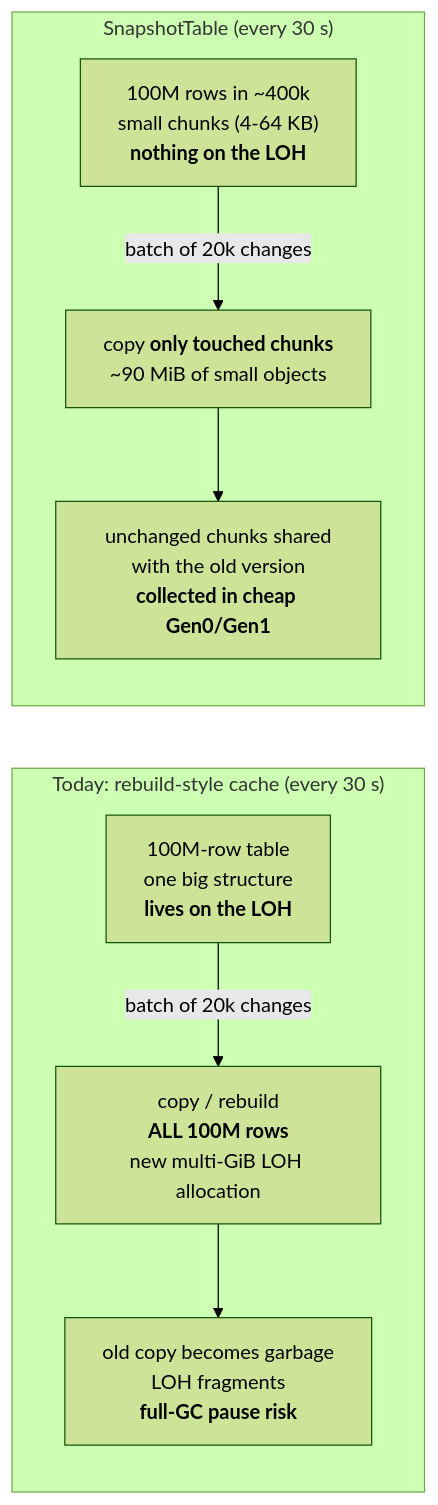
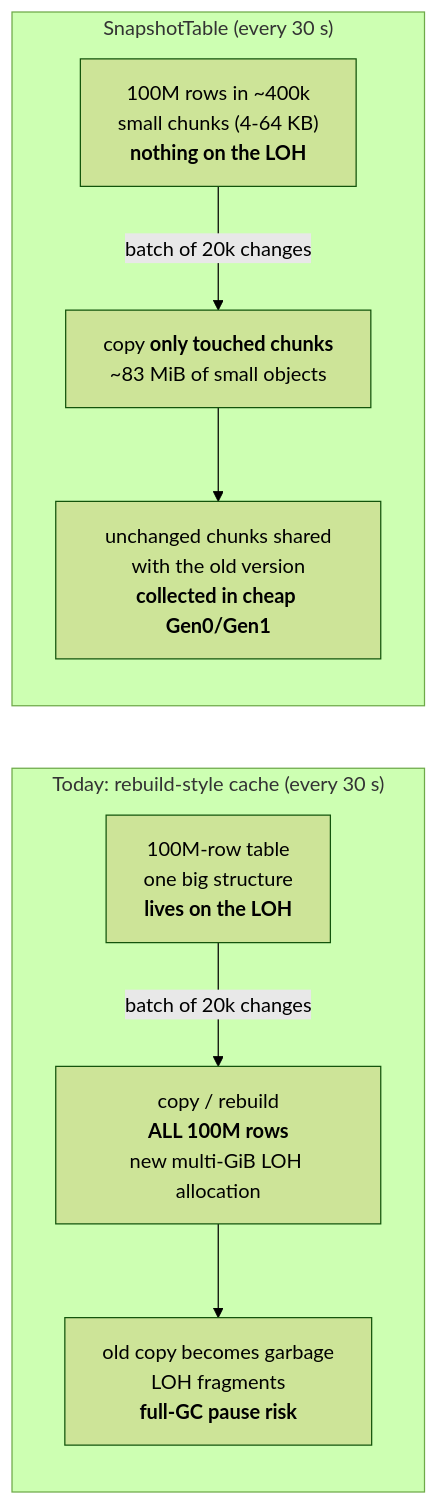
One commit to danieljoppi/dotnet-tools changed the first of 3 diagrams in docs/cache-performance-report.md. Above: the diagram before and after it, drawn with Mermaid (forest theme). The commit also changed other lines of this file and 10 other files, not shown here.

````diff
--- a/docs/cache-performance-report.md
+++ b/docs/cache-performance-report.md
@@ -46,11 +47,11 @@
 ```mermaid
 flowchart LR
     subgraph today ["Today: rebuild-style cache (every 30 s)"]
         A["100M-row table<br/>one big structure<br/><b>lives on the LOH</b>"] -->|"batch of 20k changes"| B["copy / rebuild<br/><b>ALL 100M rows</b><br/>new multi-GiB LOH allocation"]
         B --> C["old copy becomes garbage<br/>LOH fragments<br/><b>full-GC pause risk</b>"]
     end
     subgraph new ["SnapshotTable (every 30 s)"]
-        D["100M rows in ~400k<br/>small chunks (4-64 KB)<br/><b>nothing on the LOH</b>"] -->|"batch of 20k changes"| E["copy <b>only touched chunks</b><br/>~90 MiB of small objects"]
+        D["100M rows in ~400k<br/>small chunks (4-64 KB)<br/><b>nothing on the LOH</b>"] -->|"batch of 20k changes"| E["copy <b>only touched chunks</b><br/>~83 MiB of small objects"]
         E --> F["unchanged chunks shared<br/>with the old version<br/><b>collected in cheap Gen0/Gen1</b>"]
     end
 ```
````
